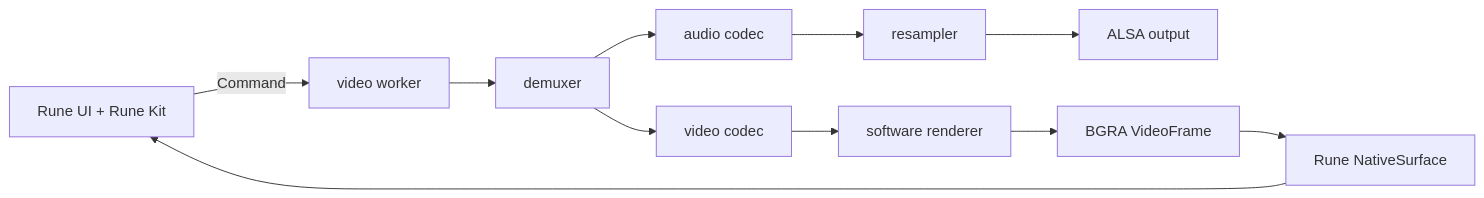
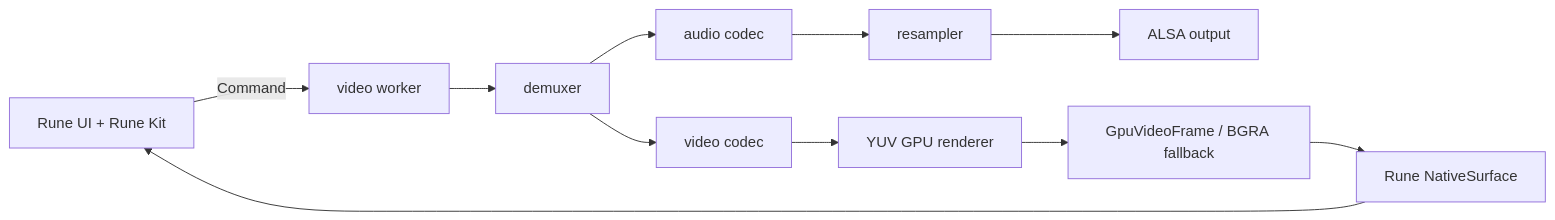
Before and after one commit to Nguyentudung/veyra: the diagram in docs/architecture.md, drawn with Mermaid. The commit also changed other lines of this file and 79 other files, not shown here.

````diff
--- a/docs/architecture.md
+++ b/docs/architecture.md
@@ -43,13 +50,13 @@
 ```mermaid
 flowchart LR
   UI[Rune UI + Rune Kit] -->|Command| W[video worker]
   W --> D[demuxer]
   D --> AC[audio codec]
   D --> VC[video codec]
   AC --> R[resampler]
   R --> A[ALSA output]
-  VC --> S[software renderer]
-  S --> F[BGRA VideoFrame]
+  VC --> S[YUV GPU renderer]
+  S --> F[GpuVideoFrame / BGRA fallback]
   F --> NS[Rune NativeSurface]
   NS --> UI
 ```
````
